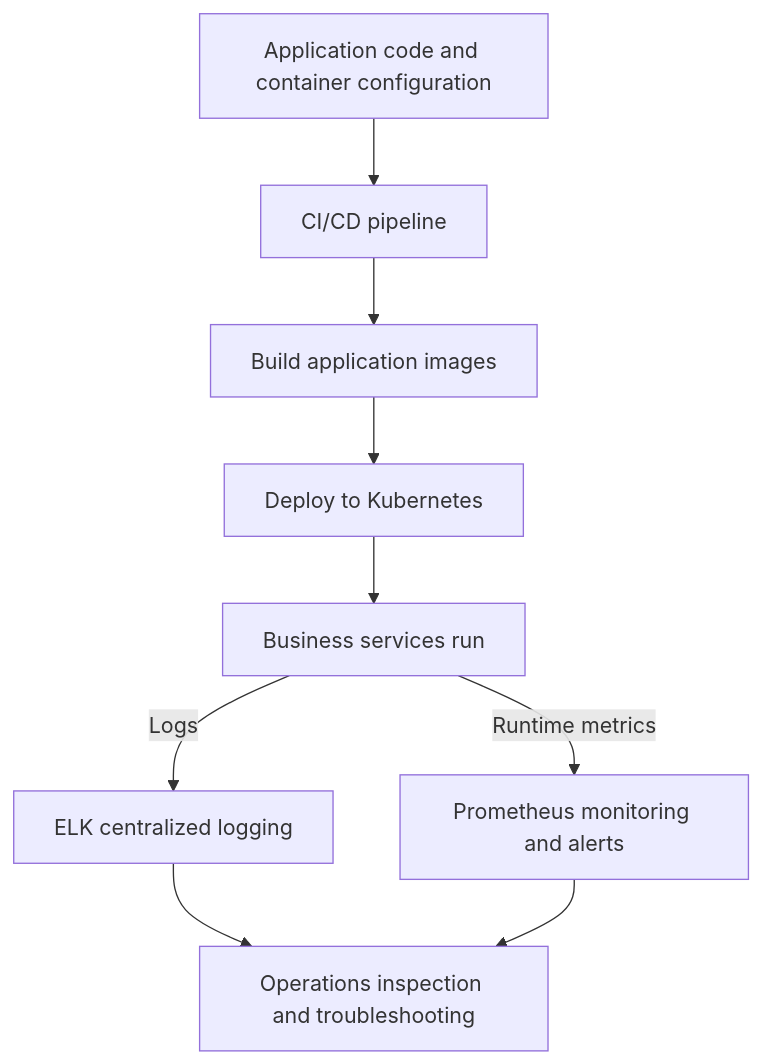
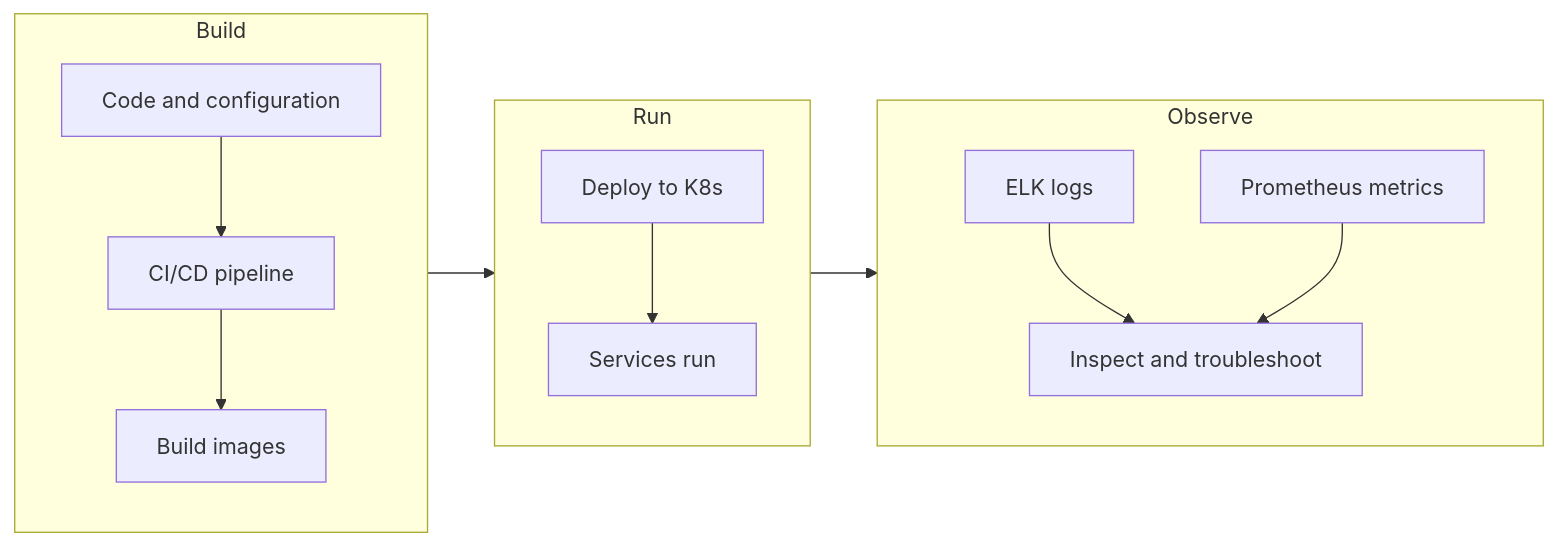
One commit to cytlabs/personal-site changed the second of 3 diagrams in content/en/cases/kubernetes-platform.md. Above: the diagram before and after it, drawn with Mermaid. The commit also changed other lines of this file and 17 other files, not shown here.

First line of the commit message:
统一图表排版、主题和大图查看 (#15)

````diff
--- a/content/en/cases/kubernetes-platform.md
+++ b/content/en/cases/kubernetes-platform.md
@@ -36,11 +43,17 @@
 ```mermaid
-flowchart TD
-    A["Application code and container configuration"] --> B["CI/CD pipeline"]
-    B --> C["Build application images"]
-    C --> D["Deploy to Kubernetes"]
-    D --> E["Business services run"]
-    E -->|Logs| F["ELK centralized logging"]
-    E -->|Runtime metrics| G["Prometheus monitoring and alerts"]
-    F --> H["Operations inspection and troubleshooting"]
-    G --> H
+flowchart LR
+    subgraph BUILD["Build"]
+        direction TB
+        A["Code and configuration"] --> B["CI/CD pipeline"] --> C["Build images"]
+    end
+    subgraph RUN["Run"]
+        direction TB
+        D["Deploy to K8s"] --> E["Services run"]
+    end
+    subgraph OBS["Observe"]
+        direction TB
+        F["ELK logs"] --> H["Inspect and troubleshoot"]
+        G["Prometheus metrics"] --> H
+    end
+    BUILD --> RUN --> OBS
 ```
````
